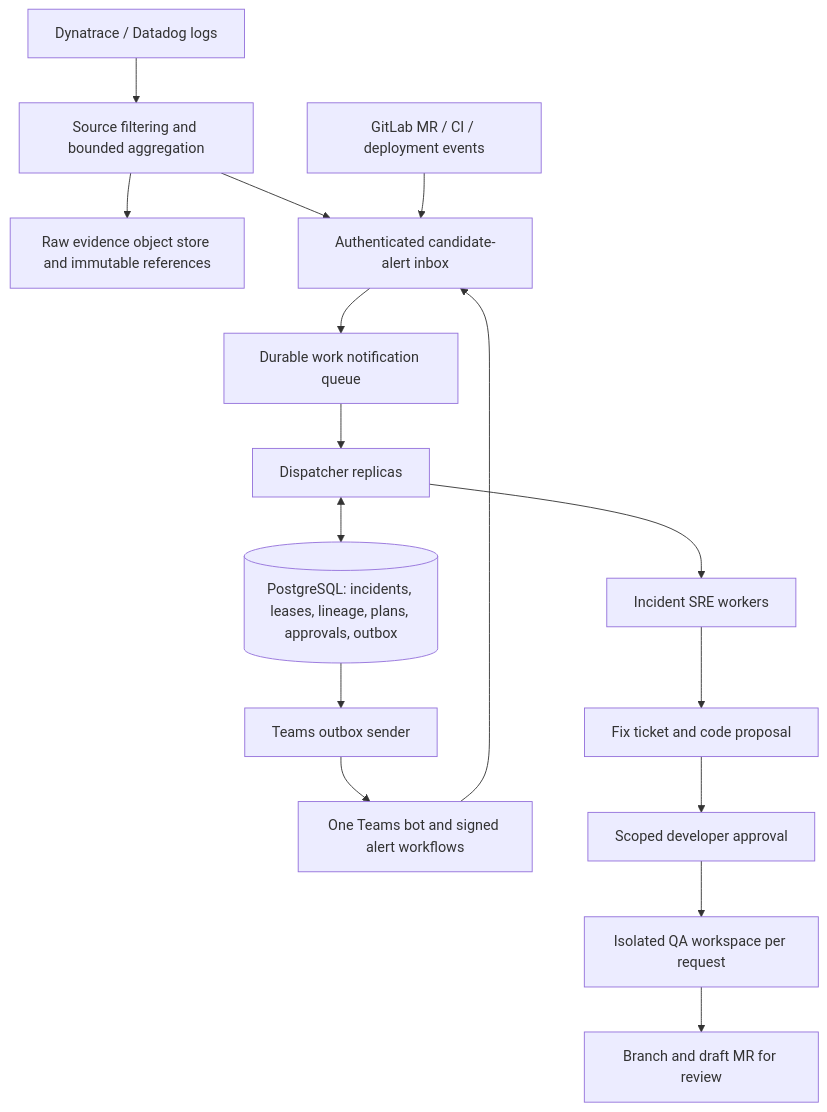
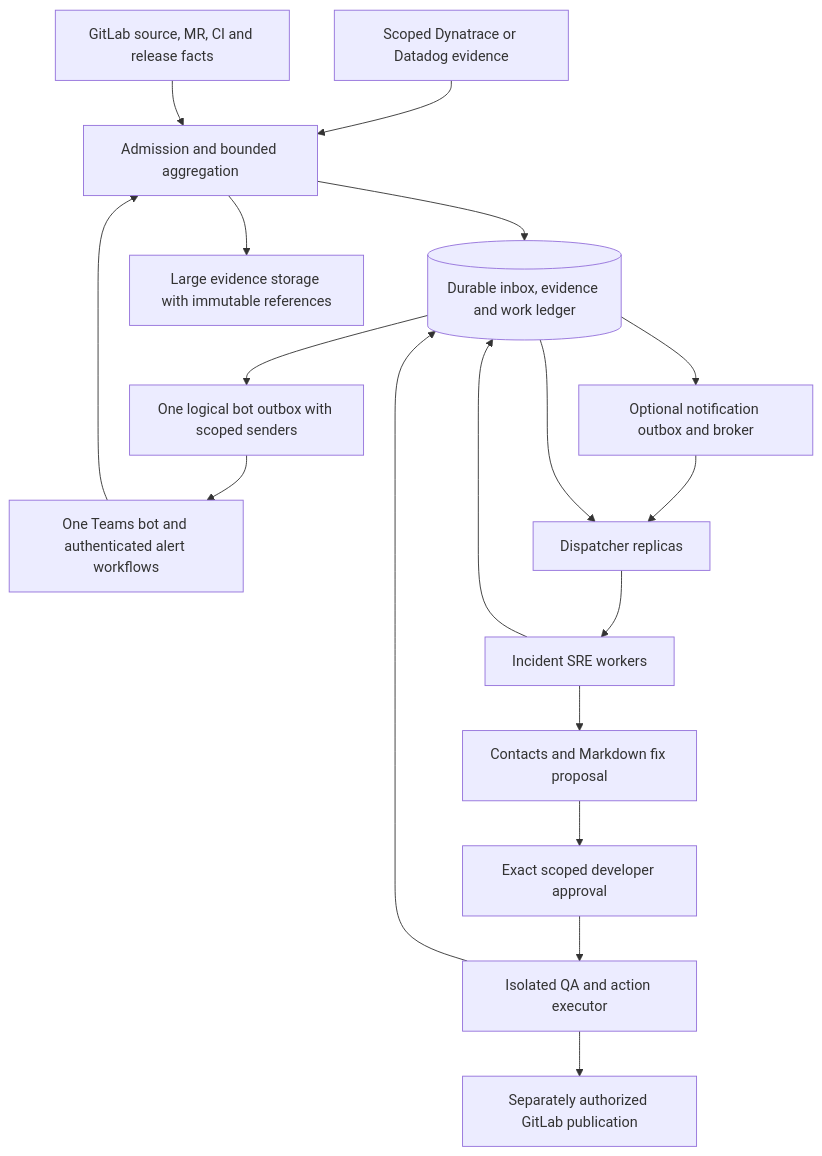
Before and after one commit to Dhravidk/sre-agent: the diagram in docs/DISPATCH-DESIGN.md, drawn with Mermaid. The commit also changed other lines of this file and 167 other files, not shown here.

````diff
--- a/docs/DISPATCH-DESIGN.md
+++ b/docs/DISPATCH-DESIGN.md
@@ -11,18 +28,20 @@
 ```mermaid
 flowchart TD
-  L[Dynatrace / Datadog logs] --> F[Source filtering and bounded aggregation]
-  F --> O[Raw evidence object store and immutable references]
-  F --> I[Authenticated candidate-alert inbox]
-  V[GitLab MR / CI / deployment events] --> I
-  T[One Teams bot and signed alert workflows] --> I
-  I --> Q[Durable work notification queue]
-  Q --> D[Dispatcher replicas]
-  D <--> DB[(PostgreSQL: incidents, leases, lineage, plans, approvals, outbox)]
+  L[Scoped Dynatrace or Datadog evidence] --> A[Admission and bounded aggregation]
+  G[GitLab source, MR, CI and release facts] --> A
+  T[One Teams bot and authenticated alert workflows] --> A
+  A --> J[(Durable inbox, evidence and work ledger)]
+  A --> O[Large evidence storage with immutable references]
+  J --> N[Optional notification outbox and broker]
+  N --> D[Dispatcher replicas]
+  J --> D
   D --> S[Incident SRE workers]
-  S --> P[Fix ticket and code proposal]
-  P --> H[Scoped developer approval]
-  H --> QA[Isolated QA workspace per request]
-  QA --> MR[Branch and draft MR for review]
-  DB --> B[Teams outbox sender]
+  S --> J
+  S --> P[Contacts and Markdown fix proposal]
+  P --> H[Exact scoped developer approval]
+  H --> Q[Isolated QA and action executor]
+  Q --> J
+  Q --> W[Separately authorized GitLab publication]
+  J --> B[One logical bot outbox with scoped senders]
   B --> T
 ```
````
